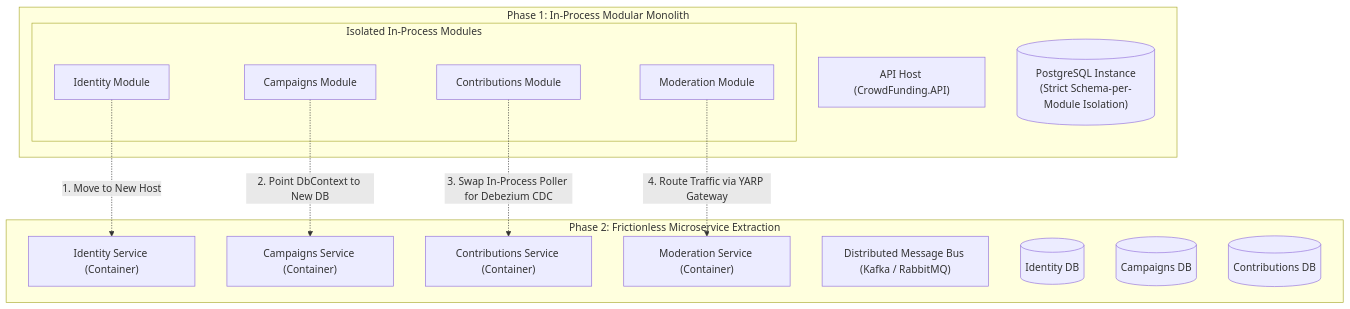
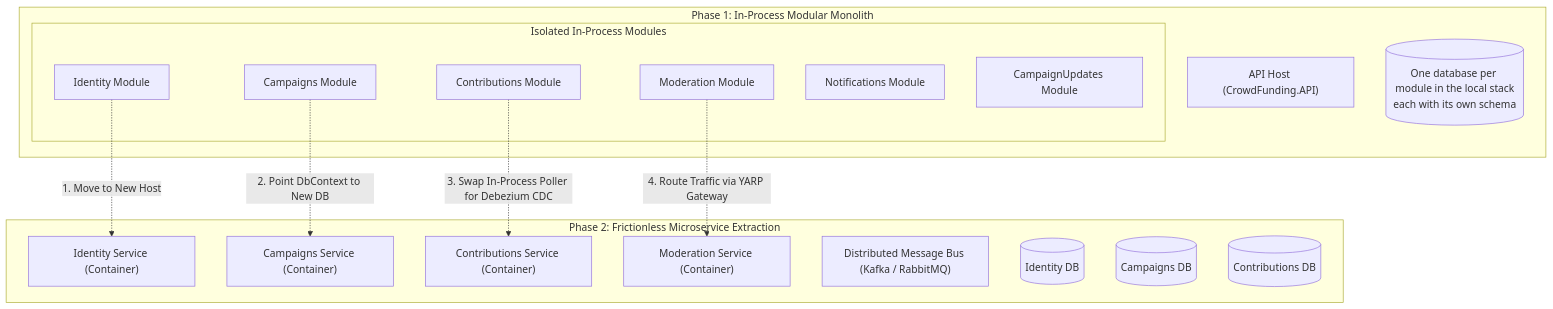
The first of 3 diagrams in educational/README.md (maysamgamini/crowdfundinghub), drawn with Mermaid before and after one commit. The commit also changed other lines of this file and 32 other files, not shown here.

First line of the commit message:
docs: update the READMEs for the six-module reality, add diagrams, make links relative

````diff
--- a/educational/README.md
+++ b/educational/README.md
@@ -19,29 +19,31 @@
 ```mermaid
 graph TD
     subgraph Phase1["Phase 1: In-Process Modular Monolith"]
         MonolithHost["API Host (CrowdFunding.API)"]
         subgraph ModLayer["Isolated In-Process Modules"]
             IdM["Identity Module"]
             CampM["Campaigns Module"]
             ContM["Contributions Module"]
             ModM["Moderation Module"]
+            NotM["Notifications Module"]
+            UpdM["CampaignUpdates Module"]
         end
-        PGShared[("PostgreSQL Instance<br/>(Strict Schema-per-Module Isolation)")]
+        PGShared[("One database per module in the local stack<br/>each with its own schema")]
     end
 
     subgraph Phase2["Phase 2: Frictionless Microservice Extraction"]
         IdSvc["Identity Service (Container)"]
         CampSvc["Campaigns Service (Container)"]
         ContSvc["Contributions Service (Container)"]
         ModSvc["Moderation Service (Container)"]
         Broker["Distributed Message Bus (Kafka / RabbitMQ)"]
         PG1[("Identity DB")]
         PG2[("Campaigns DB")]
         PG3[("Contributions DB")]
     end
 
     IdM -. "1. Move to New Host" .-> IdSvc
     CampM -. "2. Point DbContext to New DB" .-> CampSvc
     ContM -. "3. Swap In-Process Poller for Debezium CDC" .-> ContSvc
     ModM -. "4. Route Traffic via YARP Gateway" .-> ModSvc
 ```
````
